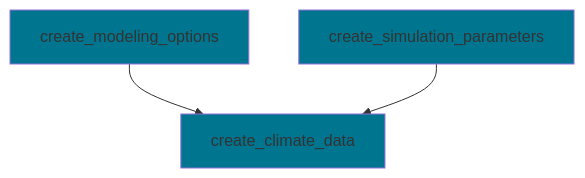
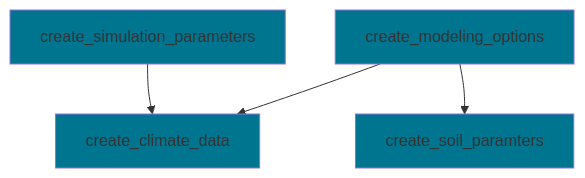
One commit to ecamo19/sureau_ecos_py changed the diagram in README.md. Above: the diagram before and after it, drawn with Mermaid.

Commit message:
Adding graph to readme

````diff
--- a/README.md
+++ b/README.md
@@ -22,17 +22,21 @@
 ```mermaid
     graph TD;
 
         create_modeling_options-->create_climate_data;
         create_simulation_parameters-->create_climate_data;
 
+        create_modeling_options-->create_soil_paramters
+
         %% Blue color boxes ------------------------------------------------------------------
 
         style create_climate_data fill:#00758f
         style create_modeling_options fill:#00758f
         style create_simulation_parameters fill:#00758f
+        style create_soil_paramters fill:#00758f
+
 
         %% Red color boxes ------------------------------------------------------------------------
 
         %%style write.ensemble.configs fill:#880808
 
 ```
````
